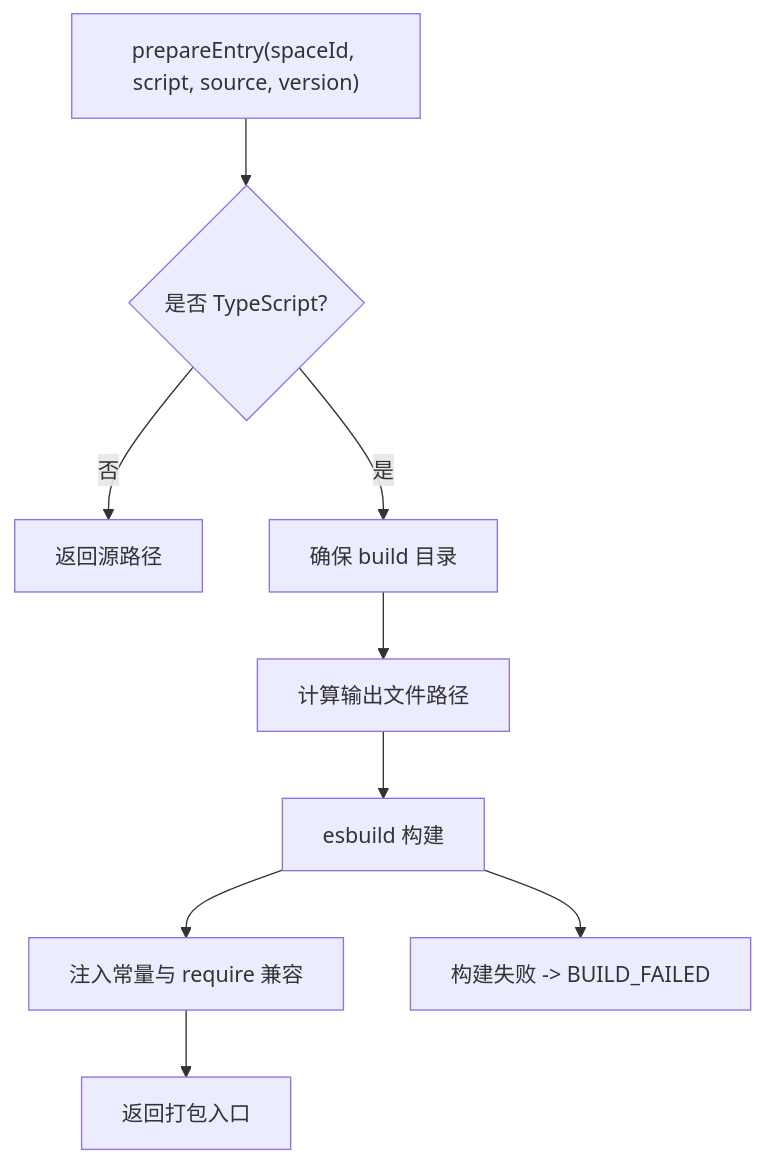
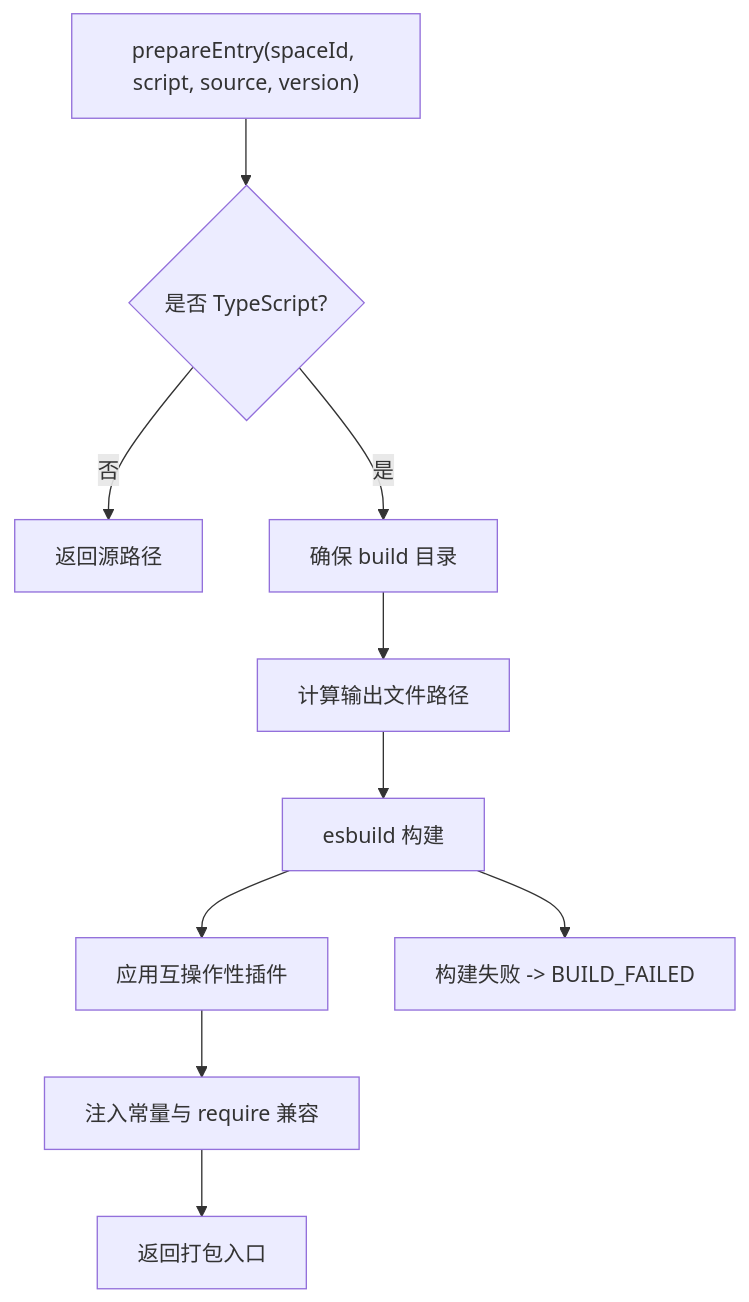
Before and after one commit to hozeeee/script-box: the eighth of 13 diagrams in .qoder/repowiki/zh/content/核心服务层/Runner 服务（脚本运行器）.md, drawn with Mermaid. The commit also changed other lines of this file and 76 other files, not shown here.

````diff
--- a/.qoder/repowiki/zh/content/核心服务层/Runner 服务（脚本运行器）.md
+++ b/.qoder/repowiki/zh/content/核心服务层/Runner 服务（脚本运行器）.md
@@ -332,11 +359,12 @@
 ```mermaid
 flowchart TD
 In["prepareEntry(spaceId, script, source, version)"] --> CheckTS{"是否 TypeScript?"}
 CheckTS --> |否| ReturnSrc["返回源路径"]
 CheckTS --> |是| EnsureBuild["确保 build 目录"]
 EnsureBuild --> OutFile["计算输出文件路径"]
 OutFile --> Esbuild["esbuild 构建"]
-Esbuild --> Define["注入常量与 require 兼容"]
+Esbuild --> Interop["应用互操作性插件"]
+Interop --> Define["注入常量与 require 兼容"]
 Define --> Success["返回打包入口"]
 Esbuild --> Error["构建失败 -> BUILD_FAILED"]
 ```
````
